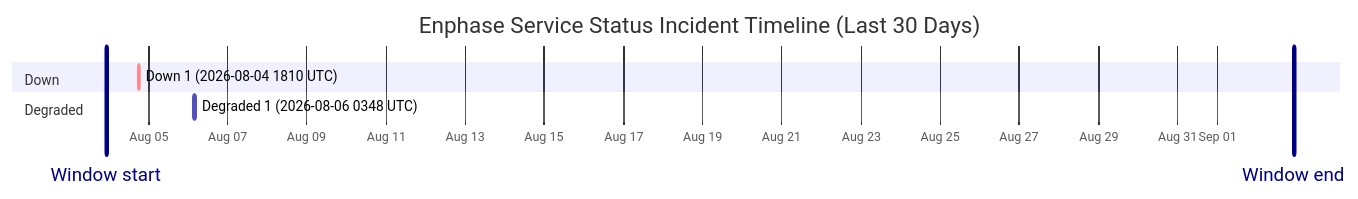
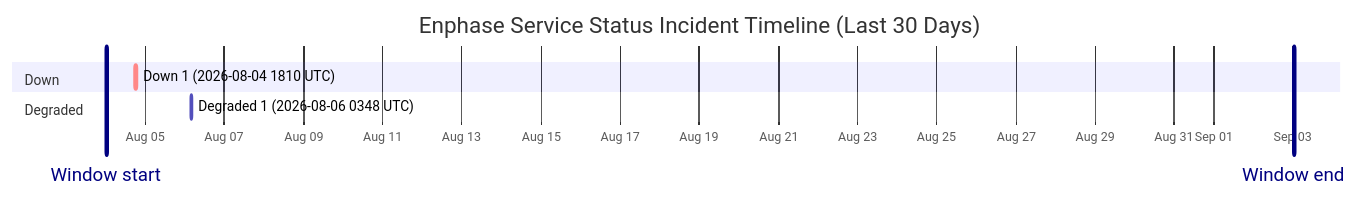
The diagram in wiki/Service-Status-History.md (barneyonline/ha-enphase-energy), drawn with Mermaid before and after one commit. The commit also changed other lines of this file and 3 other files, not shown here.

````diff
--- a/wiki/Service-Status-History.md
+++ b/wiki/Service-Status-History.md
@@ -14,12 +14,12 @@
 ```mermaid
 gantt
     title Enphase Service Status Incident Timeline (Last 30 Days)
     dateFormat  YYYY-MM-DDTHH:mm:ss
     axisFormat  %b %d
-    Window start :vert, window-start, 2026-08-03T22:22:26, 0ms
-    Window end :vert, window-end, 2026-09-02T22:22:26, 0ms
+    Window start :vert, window-start, 2026-08-04T00:29:52, 0ms
+    Window end :vert, window-end, 2026-09-03T00:29:52, 0ms
     section Down
     Down 1 (2026-08-04 1810 UTC) :crit, down-1, 2026-08-04T18:10:46, 60m
     section Degraded
     Degraded 1 (2026-08-06 0348 UTC) :active, degraded-1, 2026-08-06T03:48:14, 60m
 ```
````
